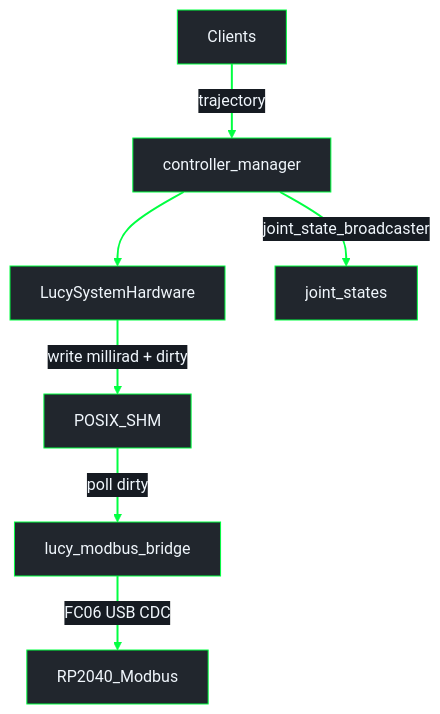
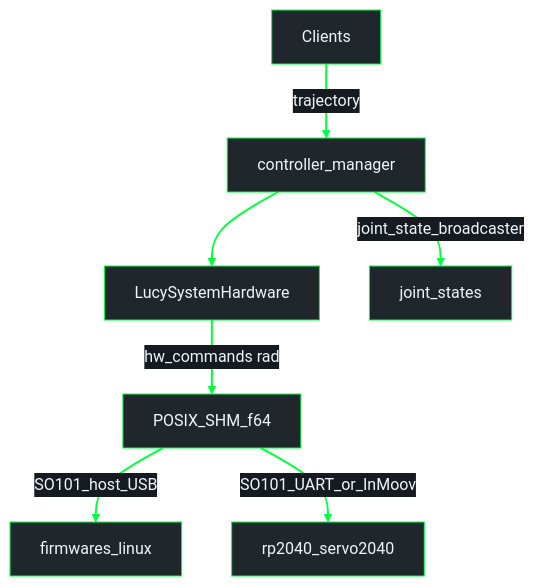
One commit to Lucy-Robotics/lucy_ros_packages changed the diagram in docs/ROS2_CONTROL.md. Above: the diagram before and after it, drawn with Mermaid. The commit also changed other lines of this file and 2 other files, not shown here.

Commit message:
evol(architecture): HI f64 JointTable contract and dual control paths

````diff
--- a/docs/ROS2_CONTROL.md
+++ b/docs/ROS2_CONTROL.md
@@ -51,19 +55,19 @@
 ```mermaid
 %%{init: {"theme": "base", "themeVariables": {"darkMode": true, "background": "#0d1117", "mainBkg": "#21262d", "primaryColor": "#21262d", "primaryTextColor": "#f0f6fc", "primaryBorderColor": "#00FF41", "secondaryColor": "#161b22", "secondaryTextColor": "#f0f6fc", "secondaryBorderColor": "#00FF41", "tertiaryColor": "#161b22", "tertiaryTextColor": "#f0f6fc", "tertiaryBorderColor": "#00FF41", "lineColor": "#00FF41", "textColor": "#f0f6fc", "nodeTextColor": "#f0f6fc", "edgeLabelBackground": "#161b22", "clusterBkg": "#0d1117", "clusterBorder": "#00FF41", "titleColor": "#f0f6fc"}}}%%
 flowchart TB
   Clients["Clients"]
   CM["controller_manager"]
   HI["LucySystemHardware"]
-  SHM["POSIX_SHM"]
-  Bridge["lucy_modbus_bridge"]
-  FW["RP2040_Modbus"]
+  SHM["POSIX_SHM_f64"]
+  LinuxFW["firmwares_linux"]
+  S2040["rp2040_servo2040"]
   JS["joint_states"]
 
   Clients -->|"trajectory"| CM
   CM --> HI
   CM -->|"joint_state_broadcaster"| JS
-  HI -->|"write millirad + dirty"| SHM
-  SHM -->|"poll dirty"| Bridge
-  Bridge -->|"FC06 USB CDC"| FW
+  HI -->|"hw_commands rad"| SHM
+  SHM -->|"SO101_host_USB"| LinuxFW
+  SHM -->|"SO101_UART_or_InMoov"| S2040
   linkStyle default stroke:#00FF41,stroke-width:2px
 ```
````
